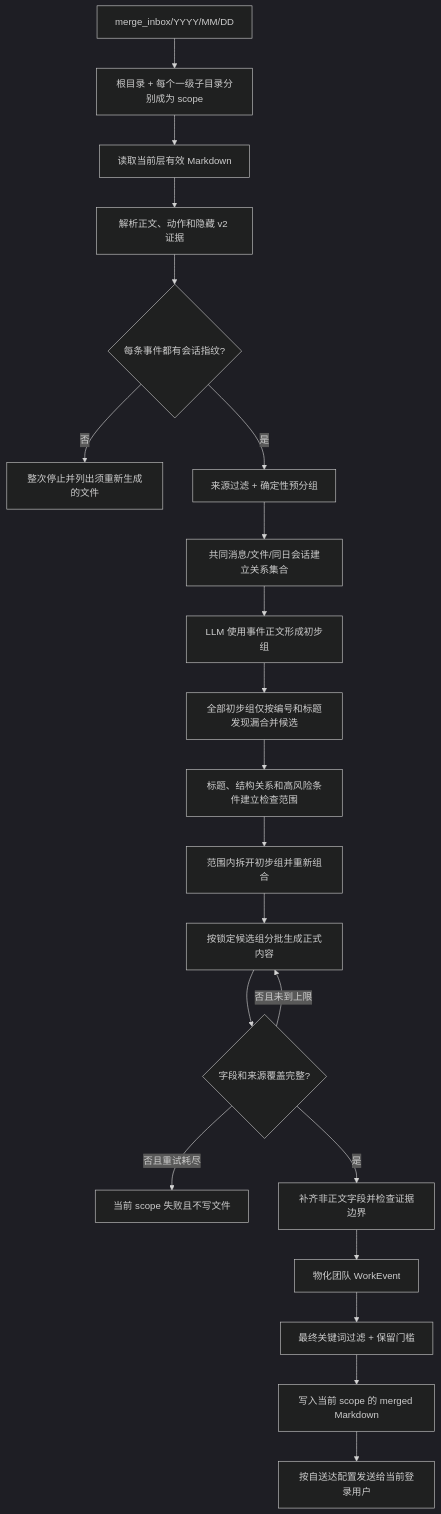
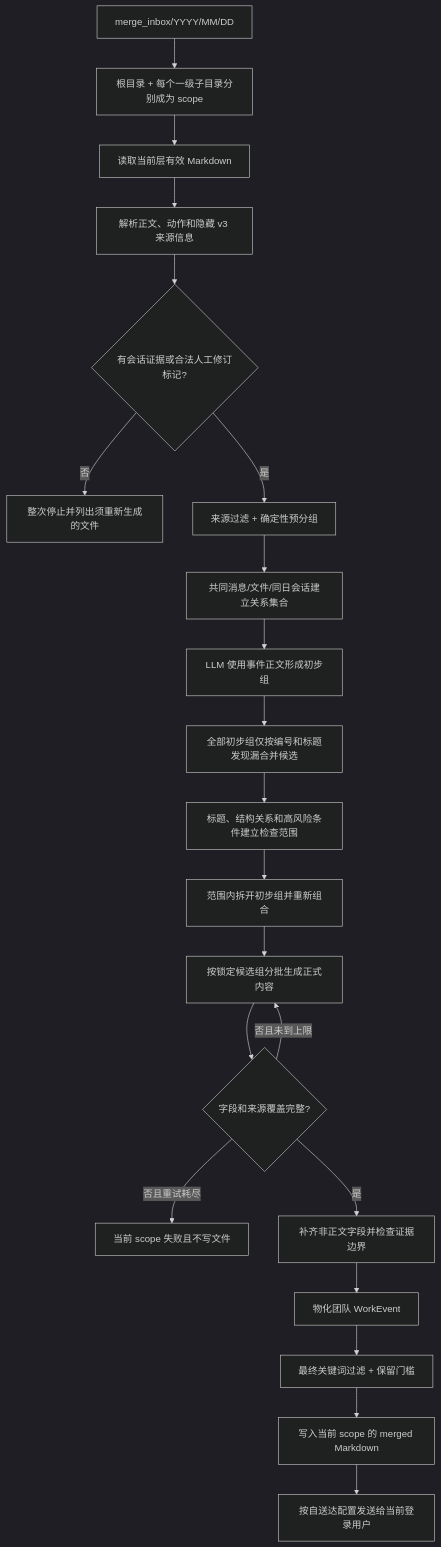
One commit to sunweisheng/WorkTrace changed the third of 3 diagrams in README.md. Above: the diagram before and after it, drawn with Mermaid (dark theme). The commit also changed other lines of this file and 19 other files, not shown here.

````diff
--- a/README.md
+++ b/README.md
@@ -241,23 +241,23 @@
 ```mermaid
 flowchart TD
     A["merge_inbox/YYYY/MM/DD"] --> B["根目录 + 每个一级子目录分别成为 scope"]
     B --> C["读取当前层有效 Markdown"]
-    C --> D["解析正文、动作和隐藏 v2 证据"]
-    D --> E{"每条事件都有会话指纹?"}
+    C --> D["解析正文、动作和隐藏 v3 来源信息"]
+    D --> E{"有会话证据或合法人工修订标记?"}
     E -->|"否"| X["整次停止并列出须重新生成的文件"]
     E -->|"是"| F["来源过滤 + 确定性预分组"]
     F --> G["共同消息/文件/同日会话建立关系集合"]
     G --> H["LLM 使用事件正文形成初步组"]
     H --> H1["全部初步组仅按编号和标题发现漏合并候选"]
     H1 --> R["标题、结构关系和高风险条件建立检查范围"]
     R --> V["范围内拆开初步组并重新组合"]
     V --> I["按锁定候选组分批生成正式内容"]
     I --> J{"字段和来源覆盖完整?"}
     J -->|"否且未到上限"| I
     J -->|"否且重试耗尽"| Y["当前 scope 失败且不写文件"]
     J -->|"是"| K["补齐非正文字段并检查证据边界"]
     K --> L["物化团队 WorkEvent"]
     L --> M["最终关键词过滤 + 保留门槛"]
     M --> N["写入当前 scope 的 merged Markdown"]
     N --> O["按自送达配置发送给当前登录用户"]
 ```
````
